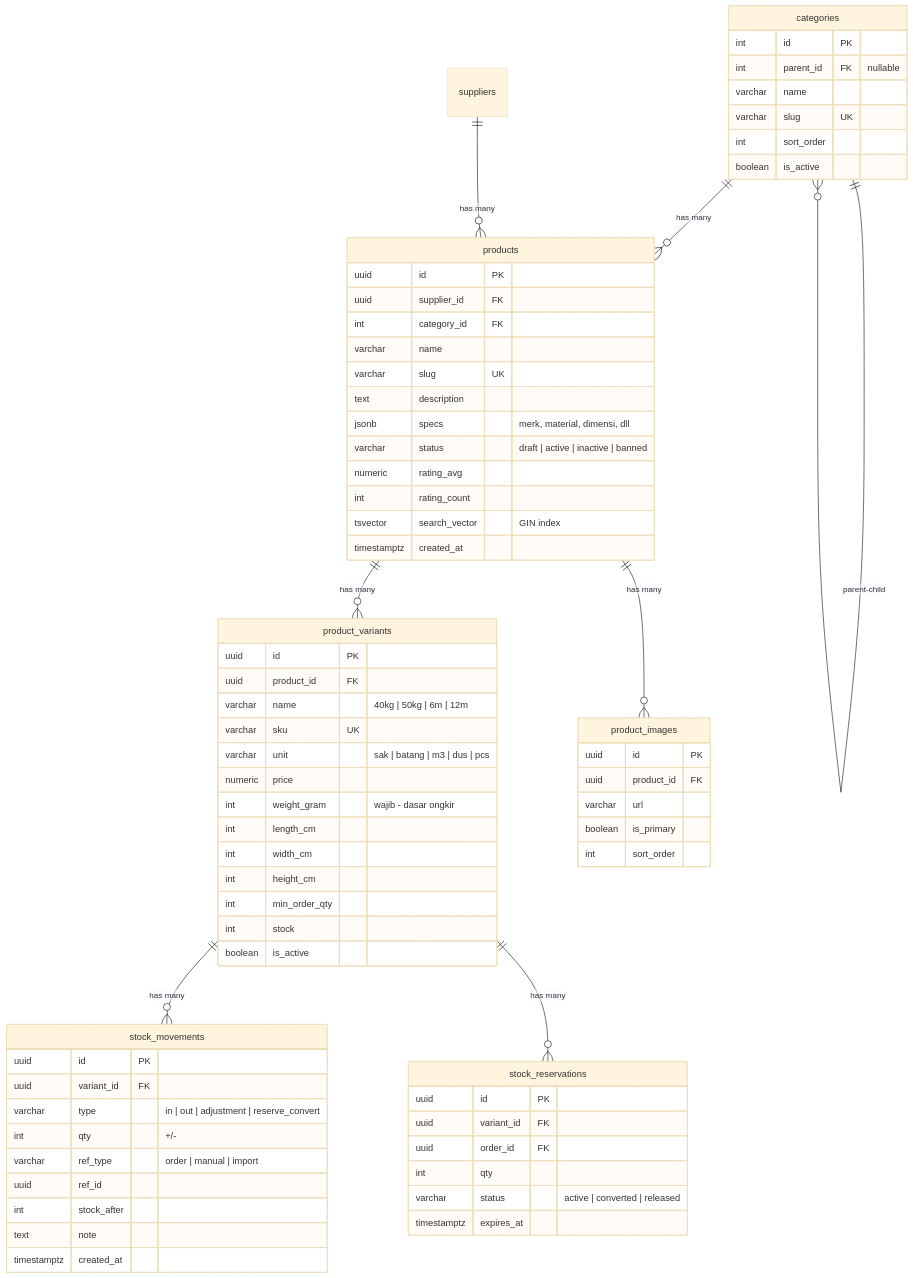
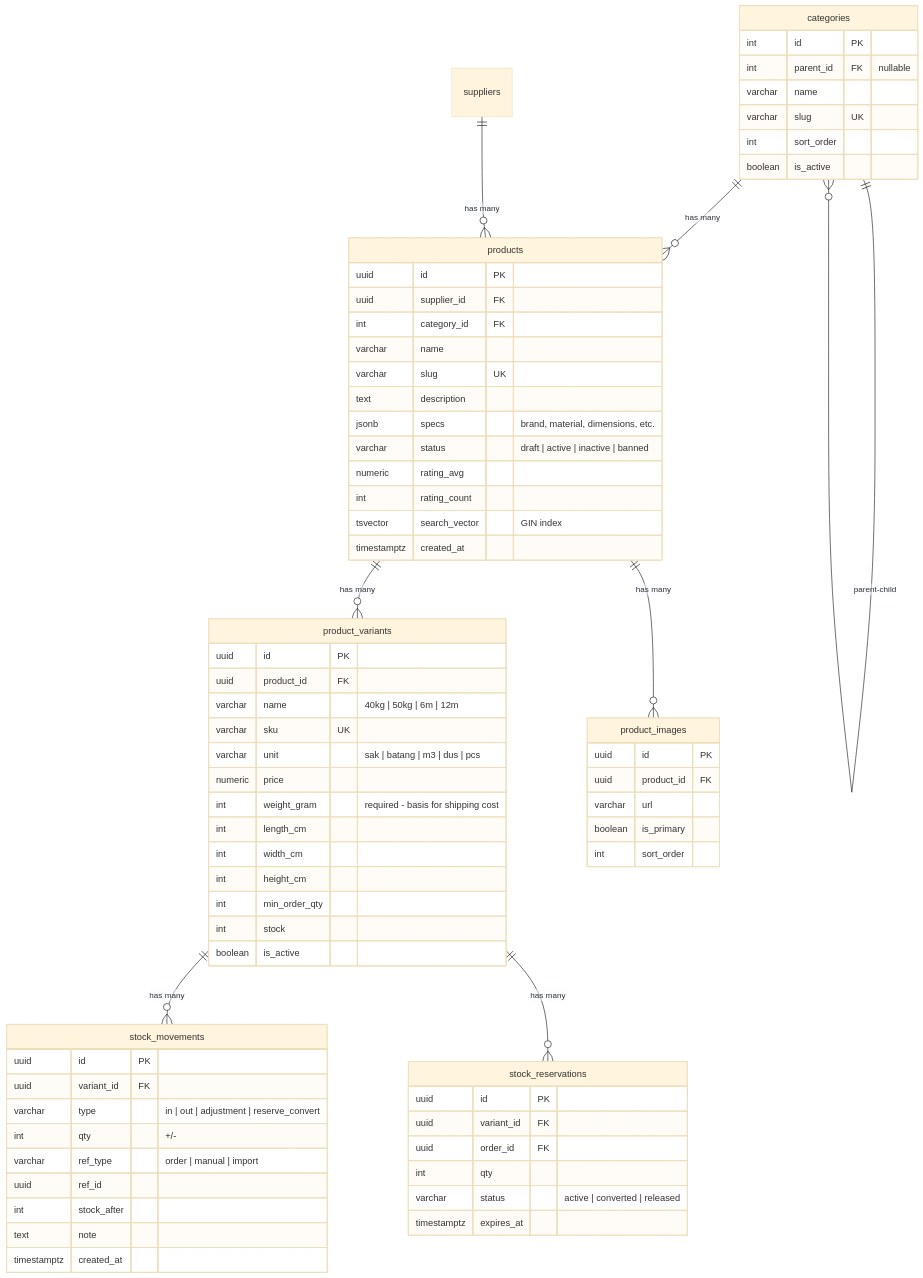
Before and after one commit to erdinhrmwn/bangunin-project: the second of 10 diagrams in docs/erd.md, drawn with Mermaid (base theme). The commit also changed other lines of this file and 2 other files, not shown here.

First line of the commit message:
docs: translate erd, requirements, struktur-project to English

````diff
--- a/docs/erd.md
+++ b/docs/erd.md
@@ -86,79 +86,79 @@
 ```mermaid
 erDiagram
     categories ||--o{ categories : "parent-child"
     categories ||--o{ products : "has many"
     suppliers ||--o{ products : "has many"
     products ||--o{ product_variants : "has many"
     products ||--o{ product_images : "has many"
     product_variants ||--o{ stock_movements : "has many"
     product_variants ||--o{ stock_reservations : "has many"
 
     categories {
         int id PK
         int parent_id FK "nullable"
         varchar name
         varchar slug UK
         int sort_order
         boolean is_active
     }
 
     products {
         uuid id PK
         uuid supplier_id FK
         int category_id FK
         varchar name
         varchar slug UK
         text description
-        jsonb specs "merk, material, dimensi, dll"
+        jsonb specs "brand, material, dimensions, etc."
         varchar status "draft | active | inactive | banned"
         numeric rating_avg
         int rating_count
         tsvector search_vector "GIN index"
         timestamptz created_at
     }
 
     product_variants {
         uuid id PK
         uuid product_id FK
         varchar name "40kg | 50kg | 6m | 12m"
         varchar sku UK
         varchar unit "sak | batang | m3 | dus | pcs"
         numeric price
-        int weight_gram "wajib - dasar ongkir"
+        int weight_gram "required - basis for shipping cost"
         int length_cm
         int width_cm
         int height_cm
         int min_order_qty
         int stock
         boolean is_active
     }
 
     product_images {
         uuid id PK
         uuid product_id FK
         varchar url
         boolean is_primary
         int sort_order
     }
 
     stock_movements {
         uuid id PK
         uuid variant_id FK
         varchar type "in | out | adjustment | reserve_convert"
         int qty "+/-"
         varchar ref_type "order | manual | import"
         uuid ref_id
         int stock_after
         text note
         timestamptz created_at
     }
 
     stock_reservations {
         uuid id PK
         uuid variant_id FK
         uuid order_id FK
         int qty
         varchar status "active | converted | released"
         timestamptz expires_at
     }
 ```
````
